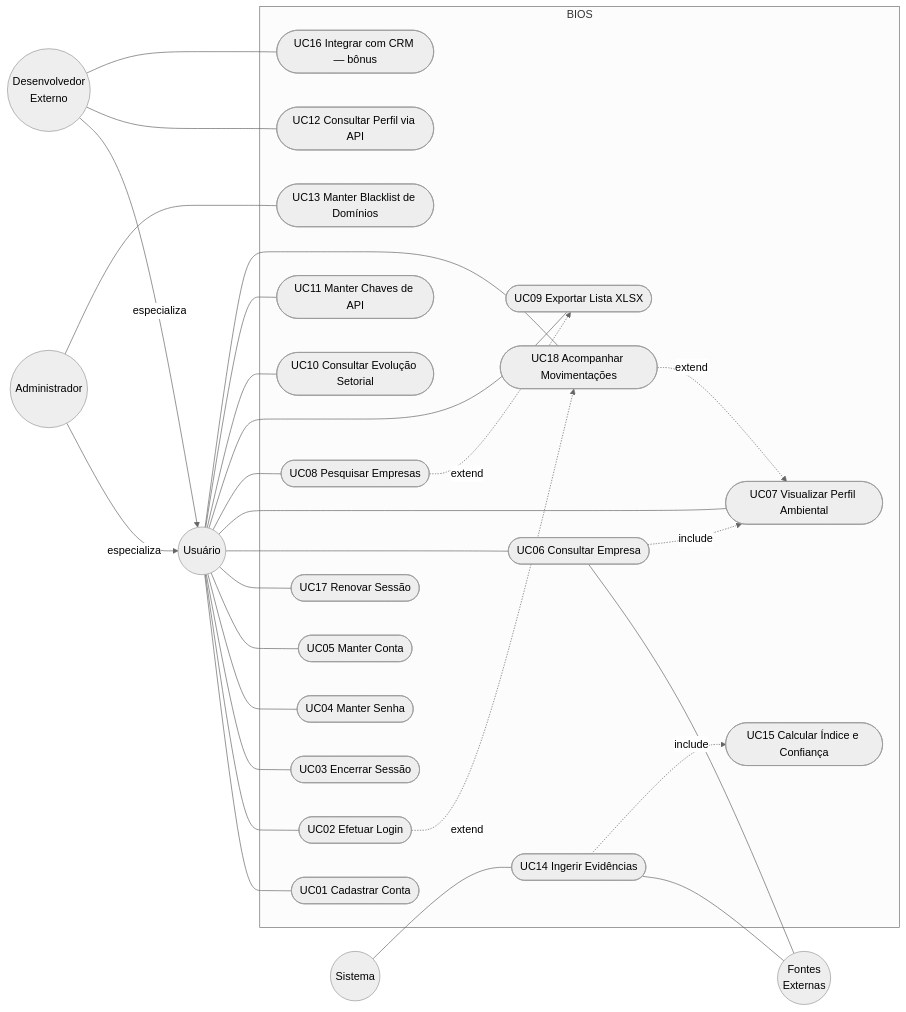
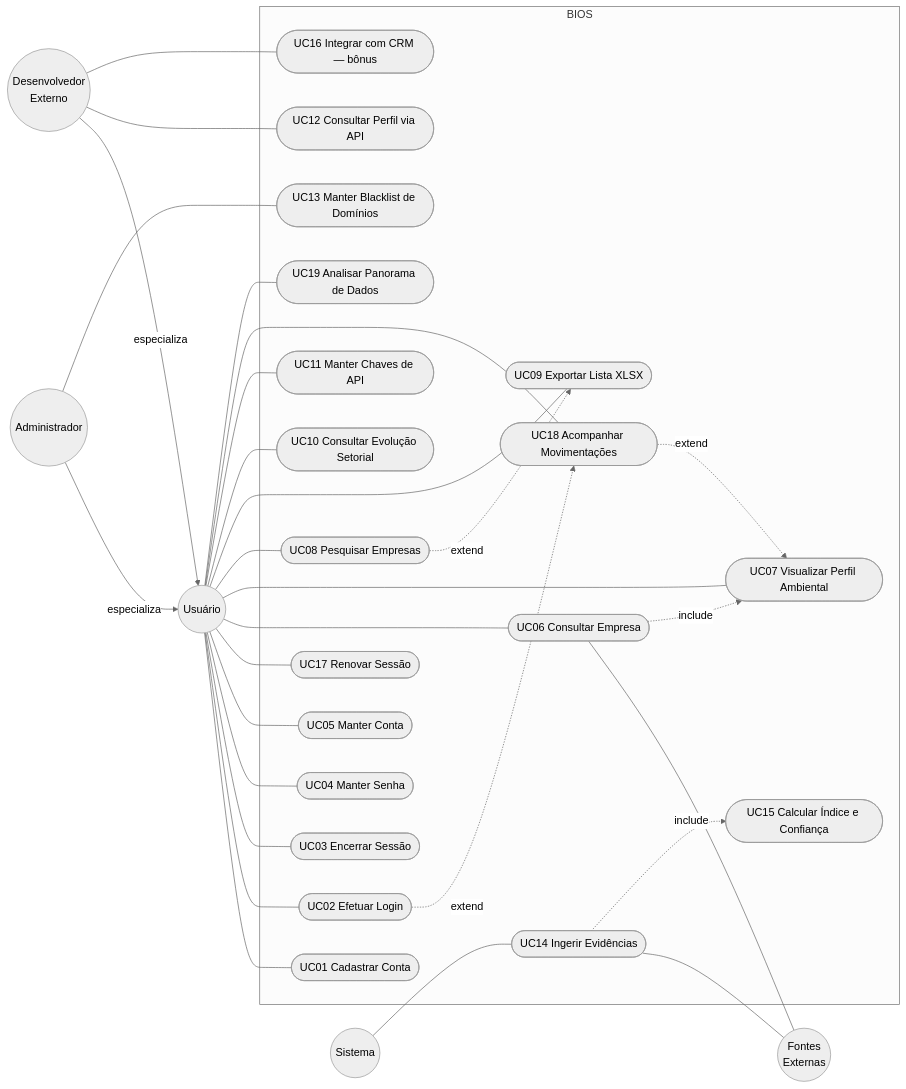
Before and after one commit to odavibatista/bios-docs: the first of 7 diagrams in 08-Artefatos-de-Análise.md, drawn with Mermaid (neutral theme). The commit also changed other lines of this file and 5 other files, not shown here.

````diff
--- a/08-Artefatos-de-Análise.md
+++ b/08-Artefatos-de-Análise.md
@@ -20,46 +20,47 @@
 ```mermaid
 flowchart LR
     U((Usuário))
     A((Administrador))
     D((Desenvolvedor<br/>Externo))
     S((Sistema))
     F((Fontes<br/>Externas))
 
     A -->|especializa| U
     D -->|especializa| U
 
     subgraph BIOS
         UC01([UC01 Cadastrar Conta])
         UC02([UC02 Efetuar Login])
         UC03([UC03 Encerrar Sessão])
         UC04([UC04 Manter Senha])
         UC05([UC05 Manter Conta])
         UC06([UC06 Consultar Empresa])
         UC07([UC07 Visualizar Perfil Ambiental])
         UC08([UC08 Pesquisar Empresas])
         UC09([UC09 Exportar Lista XLSX])
         UC10([UC10 Consultar Evolução Setorial])
         UC11([UC11 Manter Chaves de API])
         UC12([UC12 Consultar Perfil via API])
         UC13([UC13 Manter Blacklist de Domínios])
         UC14([UC14 Ingerir Evidências])
         UC15([UC15 Calcular Índice e Confiança])
         UC16([UC16 Integrar com CRM — bônus])
         UC17([UC17 Renovar Sessão])
         UC18([UC18 Acompanhar Movimentações])
+        UC19([UC19 Analisar Panorama de Dados])
     end
 
     U --- UC01 & UC02 & UC03 & UC04 & UC05 & UC17
-    U --- UC06 & UC07 & UC08 & UC09 & UC10 & UC11 & UC18
+    U --- UC06 & UC07 & UC08 & UC09 & UC10 & UC11 & UC18 & UC19
     D --- UC12 & UC16
     A --- UC13
     S --- UC14
     UC14 --- F
     UC06 --- F
 
     UC06 -.->|include| UC07
     UC14 -.->|include| UC15
     UC08 -.->|extend| UC09
     UC18 -.->|extend| UC07
     UC02 -.->|extend| UC18
 ```
````
